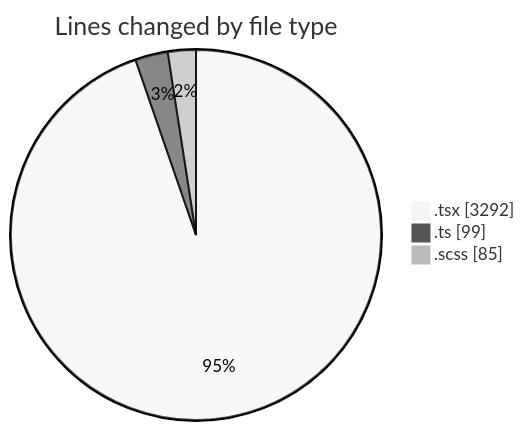
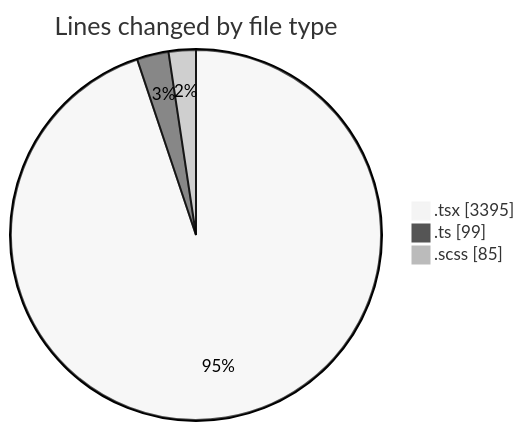
The first of 2 diagrams in 2025-02-11/cda/README.md (momahboobian/code-tracking), drawn with Mermaid (neutral theme) before and after one commit. The commit also changed other lines of this file and 1 other file, not shown here.

````diff
--- a/2025-02-11/cda/README.md
+++ b/2025-02-11/cda/README.md
@@ -24,7 +24,7 @@
 ```mermaid
 pie showData
 title Lines changed by file type
-".tsx" : 3292
+".tsx" : 3395
 ".ts" : 99
 ".scss" : 85
 ```
````
